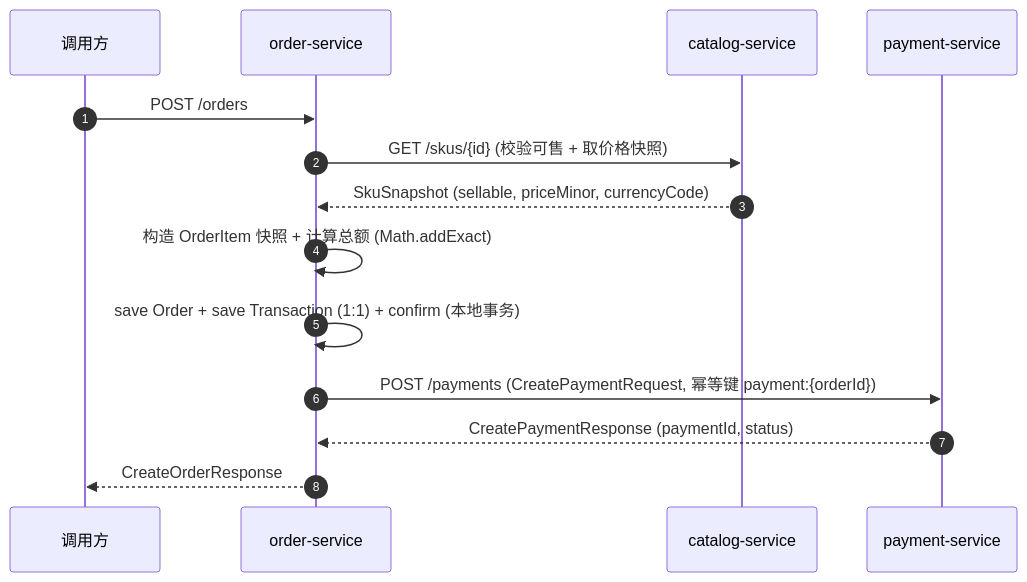
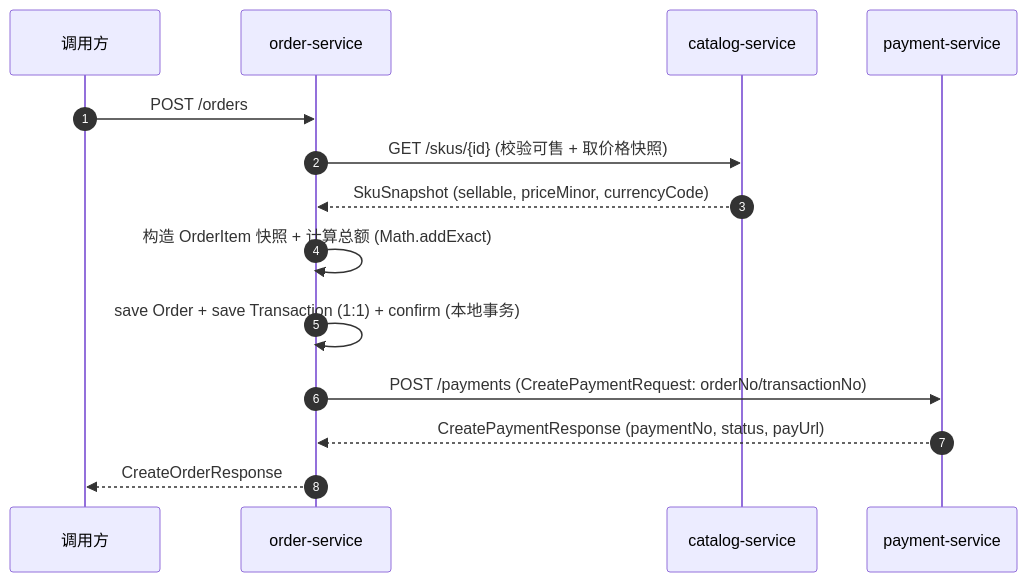
The first of 2 diagrams in docs/architecture/systems/order-service.md (ckcky/Payment), drawn with Mermaid before and after one commit. The commit also changed other lines of this file and 7 other files, not shown here.

````diff
--- a/docs/architecture/systems/order-service.md
+++ b/docs/architecture/systems/order-service.md
@@ -208,16 +208,16 @@
 ```mermaid
 sequenceDiagram
     autonumber
     participant U as 调用方
     participant O as order-service
     participant Cat as catalog-service
     participant P as payment-service
     U->>O: POST /orders
     O->>Cat: GET /skus/{id} (校验可售 + 取价格快照)
     Cat-->>O: SkuSnapshot (sellable, priceMinor, currencyCode)
     O->>O: 构造 OrderItem 快照 + 计算总额 (Math.addExact)
     O->>O: save Order + save Transaction (1:1) + confirm (本地事务)
-    O->>P: POST /payments (CreatePaymentRequest, 幂等键 payment:{orderId})
-    P-->>O: CreatePaymentResponse (paymentId, status)
+    O->>P: POST /payments (CreatePaymentRequest: orderNo/transactionNo)
+    P-->>O: CreatePaymentResponse (paymentNo, status, payUrl)
     O-->>U: CreateOrderResponse
 ```
````
